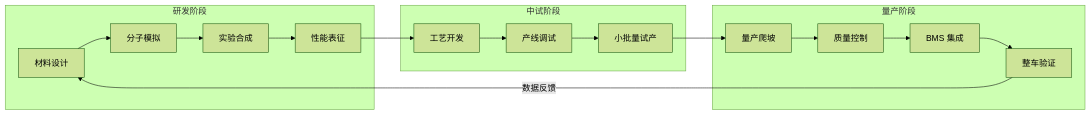
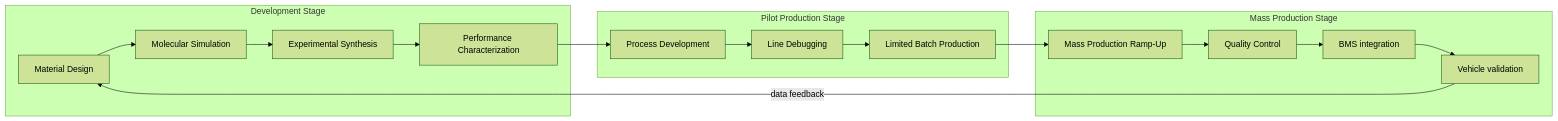
The second of 4 diagrams in tree/application/architecture/solid-state-battery.md (teaglebuilt/knowledge-tree), drawn with Mermaid (forest theme) before and after one commit. The commit also changed other lines of this file and 18 other files, not shown here.

````diff
--- a/tree/application/architecture/solid-state-battery.md
+++ b/tree/application/architecture/solid-state-battery.md
@@ -248,20 +248,20 @@
 ```mermaid
 flowchart LR
-    subgraph 研发阶段
-        R1[材料设计] --> R2[分子模拟]
-        R2 --> R3[实验合成]
-        R3 --> R4[性能表征]
+    subgraph Development Stage 
+        R1[Material Design]  --> R2[Molecular Simulation] 
+        R2 --> R3[Experimental Synthesis] 
+        R3 --> R4[Performance Characterization] 
     end
-    subgraph 中试阶段
-        R4 --> P1[工艺开发]
-        P1 --> P2[产线调试]
-        P2 --> P3[小批量试产]
+    subgraph Pilot Production Stage 
+        R4 --> P1[Process Development] 
+        P1 --> P2[Line Debugging] 
+        P2 --> P3[Limited Batch Production] 
     end
-    subgraph 量产阶段
-        P3 --> Q1[量产爬坡]
-        Q1 --> Q2[质量控制]
-        Q2 --> Q3[BMS 集成]
-        Q3 --> Q4[整车验证]
+    subgraph Mass Production Stage 
+        P3 --> Q1[Mass Production Ramp-Up] 
+        Q1 --> Q2[Quality Control] 
+        Q2 --> Q3[BMS integration]
+        Q3 --> Q4[Vehicle validation]
     end
-    Q4 -->|数据反馈| R1
+    Q4 -->|data feedback| R1
 ```
````
